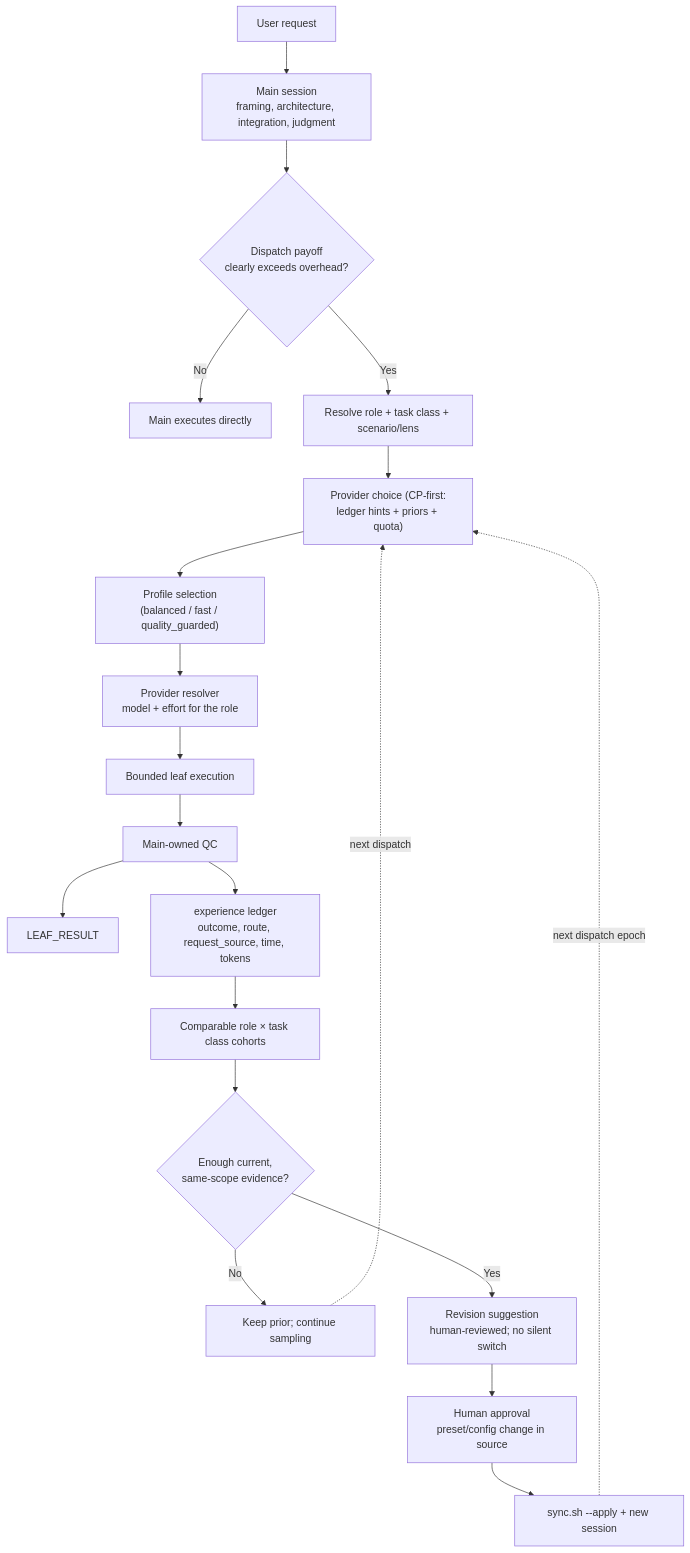
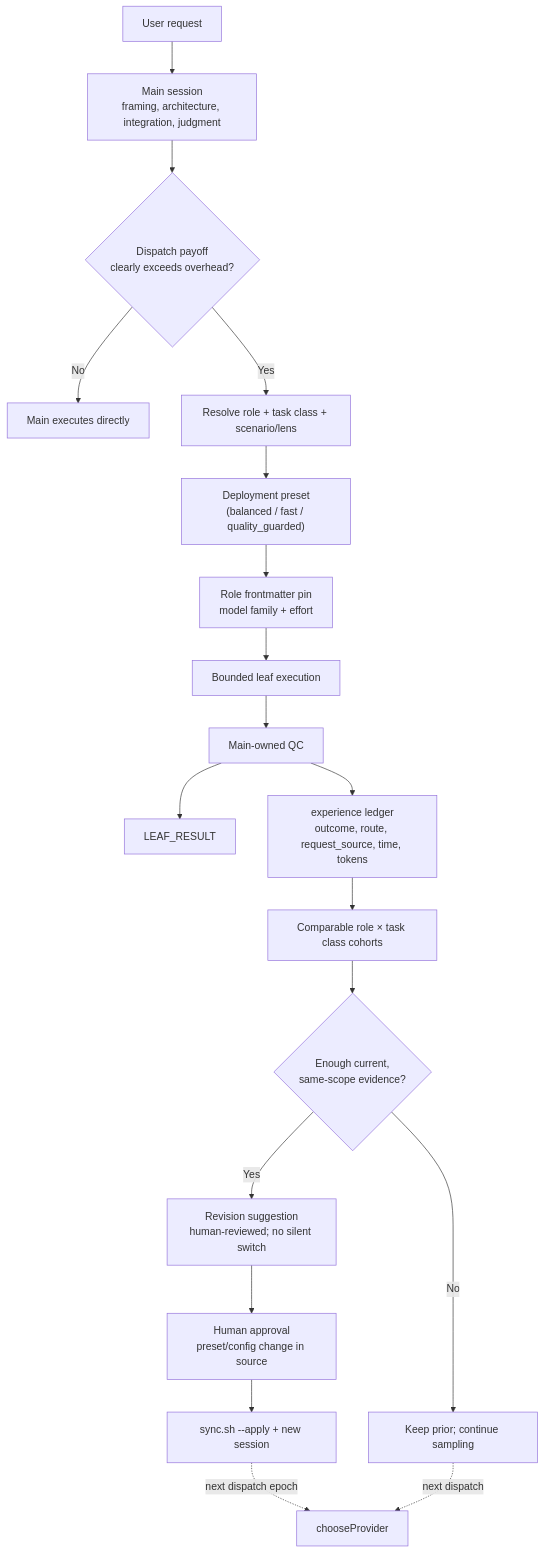
Before and after one commit to Yuhuan183/agent-harness: the diagram in docs/architecture/graph-engineering.md, drawn with Mermaid. The commit also changed other lines of this file and 11 other files, not shown here.

````diff
--- a/docs/architecture/graph-engineering.md
+++ b/docs/architecture/graph-engineering.md
@@ -57,22 +57,21 @@
 ```mermaid
 flowchart TD
     user["User request"] --> main["Main session<br/>framing, architecture, integration, judgment"]
     main --> brake{"Dispatch payoff<br/>clearly exceeds overhead?"}
     brake -- "No" --> direct["Main executes directly"]
     brake -- "Yes" --> shape["Resolve role + task class + scenario/lens"]
-    shape --> chooseProvider["Provider choice (CP-first:<br/>ledger hints + priors + quota)"]
-    chooseProvider --> chooseProfile["Profile selection<br/>(balanced / fast / quality_guarded)"]
-    chooseProfile --> resolve["Provider resolver<br/>model + effort for the role"]
+    shape --> chooseProfile["Deployment preset<br/>(balanced / fast / quality_guarded)"]
+    chooseProfile --> resolve["Role frontmatter pin<br/>model family + effort"]
     resolve --> leaf["Bounded leaf execution"]
     leaf --> qc["Main-owned QC"]
     qc --> result["LEAF_RESULT"]
     qc --> ledger["experience ledger<br/>outcome, route, request_source, time, tokens"]
     ledger --> report["Comparable role × task class cohorts"]
     report --> threshold{"Enough current,<br/>same-scope evidence?"}
     threshold -- "No" --> keep["Keep prior; continue sampling"]
     threshold -- "Yes" --> revise["Revision suggestion<br/>human-reviewed; no silent switch"]
     revise --> approve["Human approval<br/>preset/config change in source"]
     approve --> redeploy["sync.sh --apply + new session"]
     redeploy -. "next dispatch epoch" .-> chooseProvider
     keep -. "next dispatch" .-> chooseProvider
 ```
````
